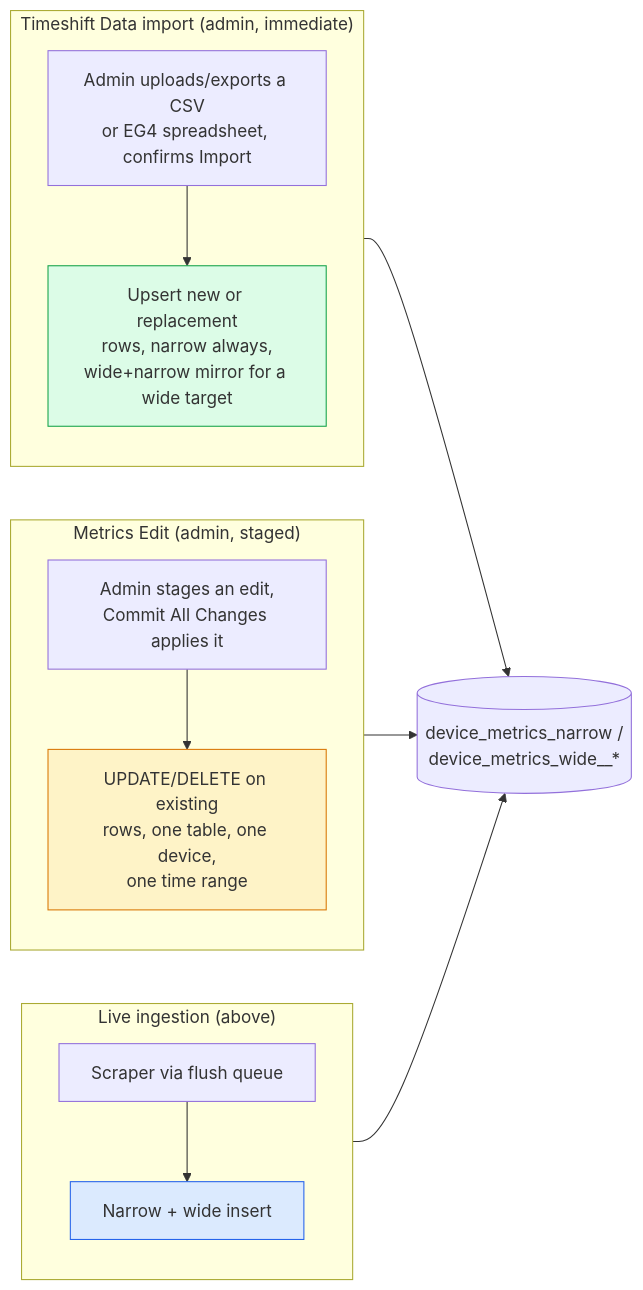
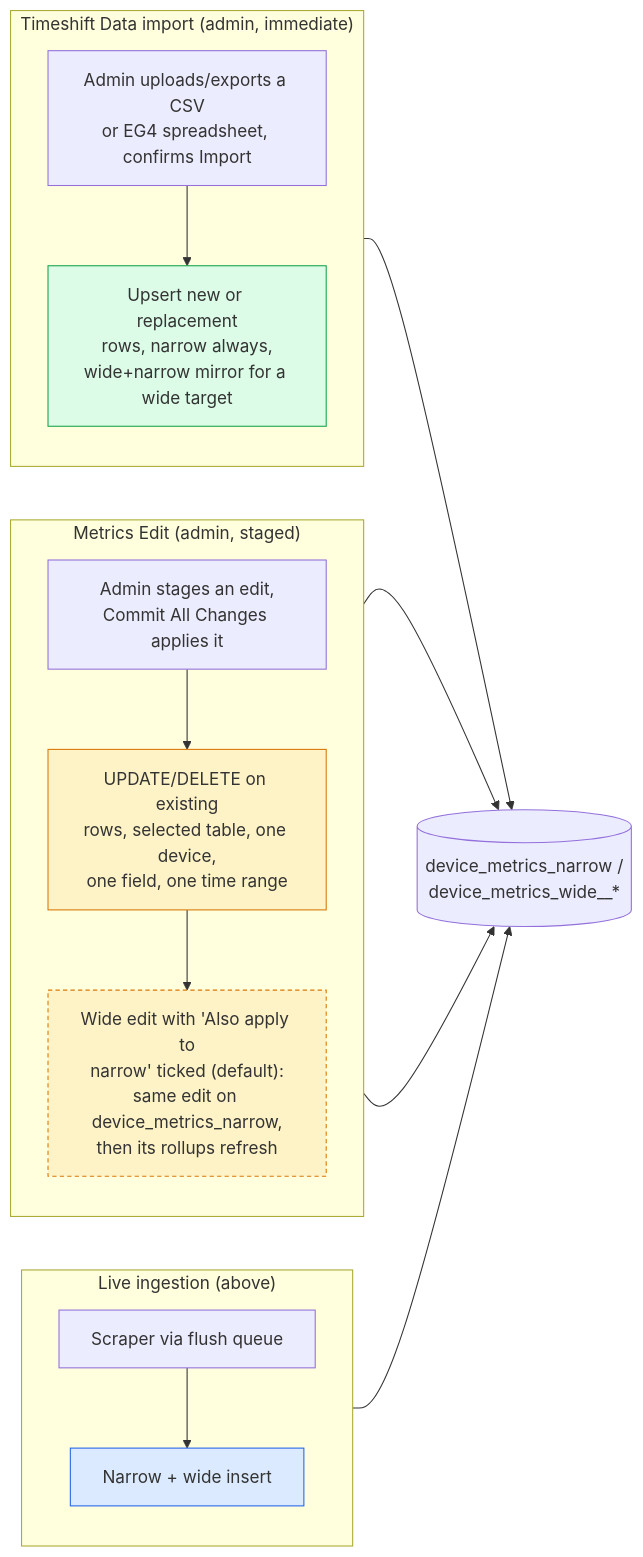
Before and after one commit to BuxtonCalvin/MultiProtocolGateway: diagram 14 of 21 in documentation/architecture/mermaid-diagrams.md, drawn with Mermaid. The commit also changed other lines of this file and 18 other files, not shown here.

````diff
--- a/documentation/architecture/mermaid-diagrams.md
+++ b/documentation/architecture/mermaid-diagrams.md
@@ -799,25 +799,28 @@
 ```mermaid
 flowchart LR
     subgraph Live["Live ingestion (above)"]
         direction TB
         L1["Scraper via flush queue"] --> L2["Narrow + wide insert"]
     end
 
     subgraph Edit["Metrics Edit (admin, staged)"]
         direction TB
-        E1["Admin stages an edit,<br/>Commit All Changes applies it"] --> E2["UPDATE/DELETE on existing<br/>rows, one table, one device,<br/>one time range"]
+        E1["Admin stages an edit,<br/>Commit All Changes applies it"] --> E2["UPDATE/DELETE on existing<br/>rows, selected table, one device,<br/>one field, one time range"]
+        E2 --> E3["Wide edit with 'Also apply to<br/>narrow' ticked (default):<br/>same edit on device_metrics_narrow,<br/>then its rollups refresh"]
     end
 
     subgraph Shift["Timeshift Data import (admin, immediate)"]
         direction TB
         S1["Admin uploads/exports a CSV<br/>or EG4 spreadsheet, confirms Import"] --> S2["Upsert new or replacement<br/>rows, narrow always,<br/>wide+narrow mirror for a wide target"]
     end
 
     L2 --> T[("device_metrics_narrow /<br/>device_metrics_wide__*")]
     E2 --> T
+    E3 --> T
     S2 --> T
 
     style L2 fill:#dbeafe,stroke:#2563eb
     style E2 fill:#fef3c7,stroke:#d97706
+    style E3 fill:#fef3c7,stroke:#d97706,stroke-dasharray: 4 3
     style S2 fill:#dcfce7,stroke:#16a34a
 ```
````
